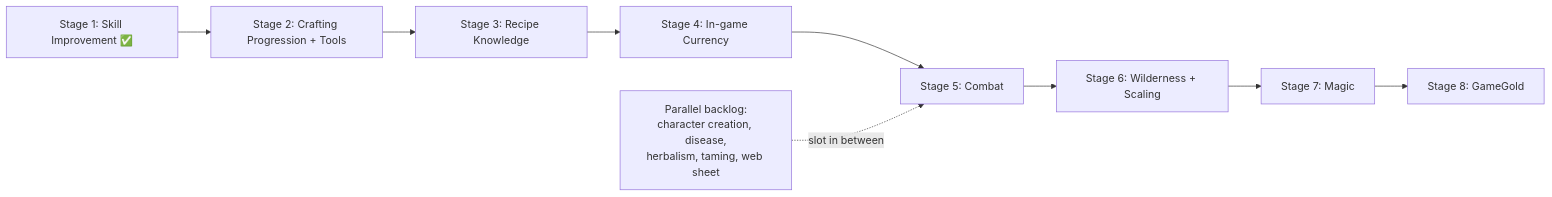
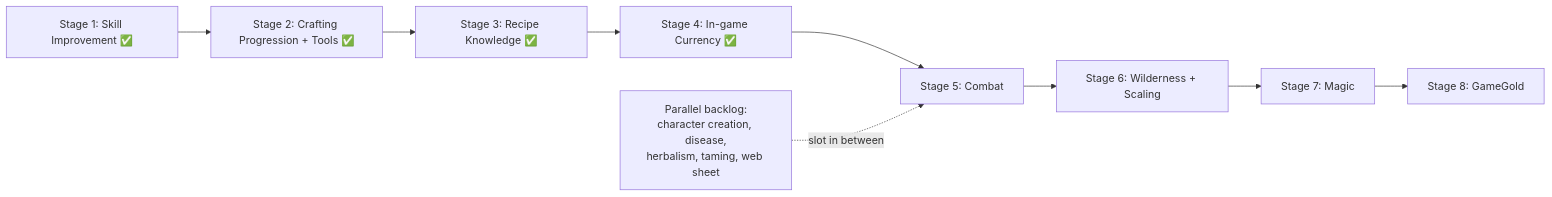
The diagram in docs/roadmap.md (G0dlet/PolishedWorld), drawn with Mermaid before and after one commit. The commit also changed other lines of this file, not shown here.

Commit message:
docs(roadmap): Rev 12 — Stage 4 merged, branch names out of status headings

````diff
--- a/docs/roadmap.md
+++ b/docs/roadmap.md
@@ -74,11 +81,11 @@
 ```mermaid
 graph LR
-    S1[Stage 1: Skill Improvement ✅] --> S2[Stage 2: Crafting Progression + Tools]
-    S2 --> S3[Stage 3: Recipe Knowledge]
-    S3 --> S4[Stage 4: In-game Currency]
+    S1[Stage 1: Skill Improvement ✅] --> S2[Stage 2: Crafting Progression + Tools ✅]
+    S2 --> S3[Stage 3: Recipe Knowledge ✅]
+    S3 --> S4[Stage 4: In-game Currency ✅]
     S4 --> S5[Stage 5: Combat]
     S5 --> S6[Stage 6: Wilderness + Scaling]
     S6 --> S7[Stage 7: Magic]
     S7 --> S8[Stage 8: GameGold]
     P[Parallel backlog:<br/>character creation, disease,<br/>herbalism, taming, web sheet] -.slot in between.-> S5
 ```
````
